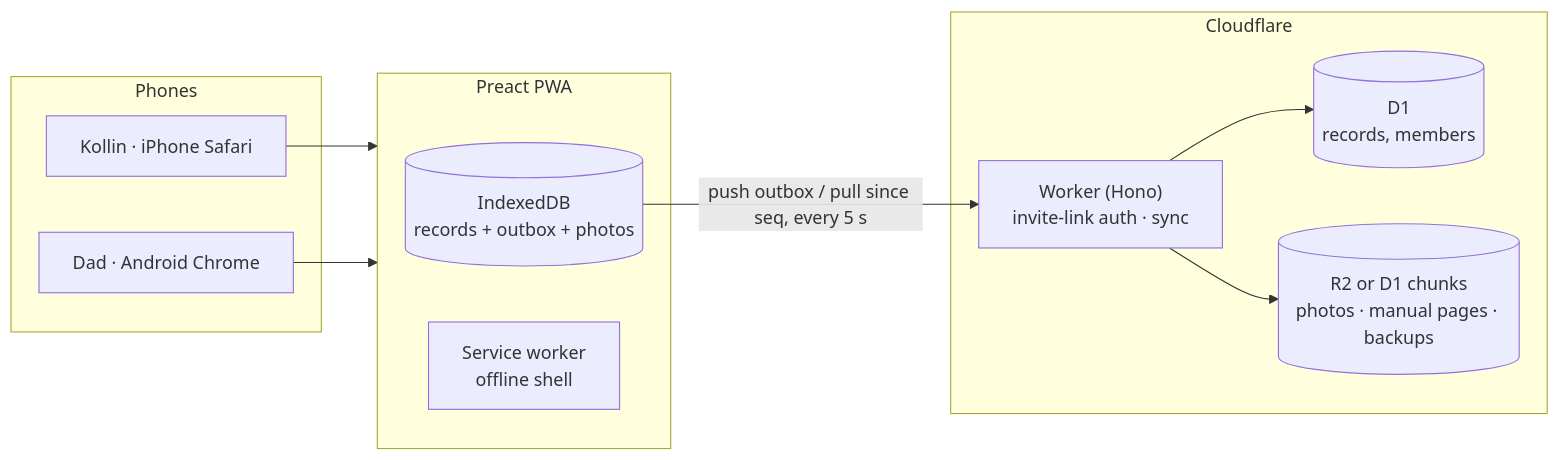
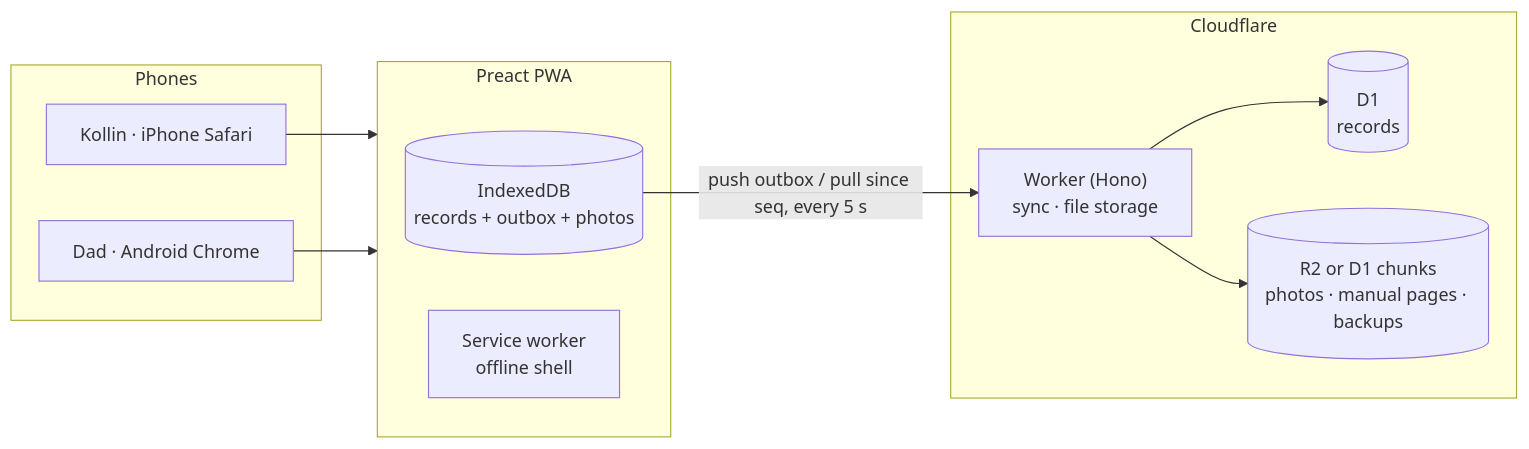
Before and after one commit to Deegan4/Nightmare-Sprinter: the diagram in README.md, drawn with Mermaid. The commit also changed other lines of this file and 15 other files, not shown here.

````diff
--- a/README.md
+++ b/README.md
@@ -69,20 +69,20 @@
 ```mermaid
 flowchart LR
   subgraph Phones
     A["Kollin · iPhone Safari"]
     B["Dad · Android Chrome"]
   end
   subgraph App["Preact PWA"]
     I[("IndexedDB<br/>records + outbox + photos")]
     S["Service worker<br/>offline shell"]
   end
   subgraph CF["Cloudflare"]
-    W["Worker (Hono)<br/>invite-link auth · sync"]
-    D[("D1<br/>records, members")]
+    W["Worker (Hono)<br/>sync · file storage"]
+    D[("D1<br/>records")]
     F[("R2 or D1 chunks<br/>photos · manual pages · backups")]
   end
   A & B --> App
   I -- "push outbox / pull since seq, every 5 s" --> W
   W --> D
   W --> F
 ```
````
